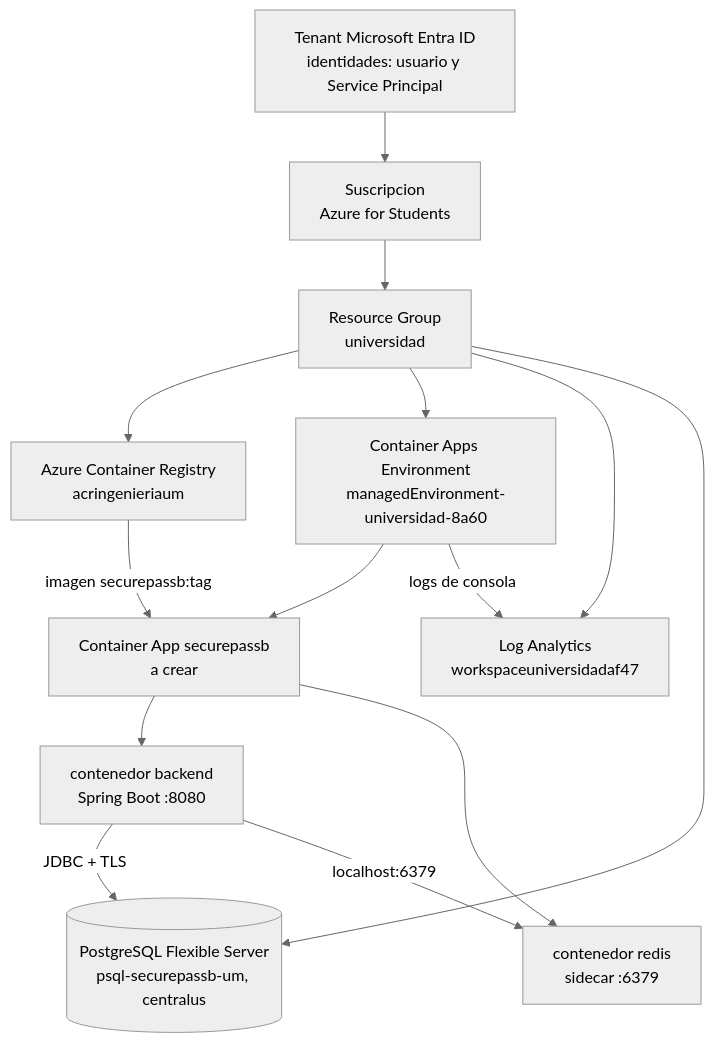
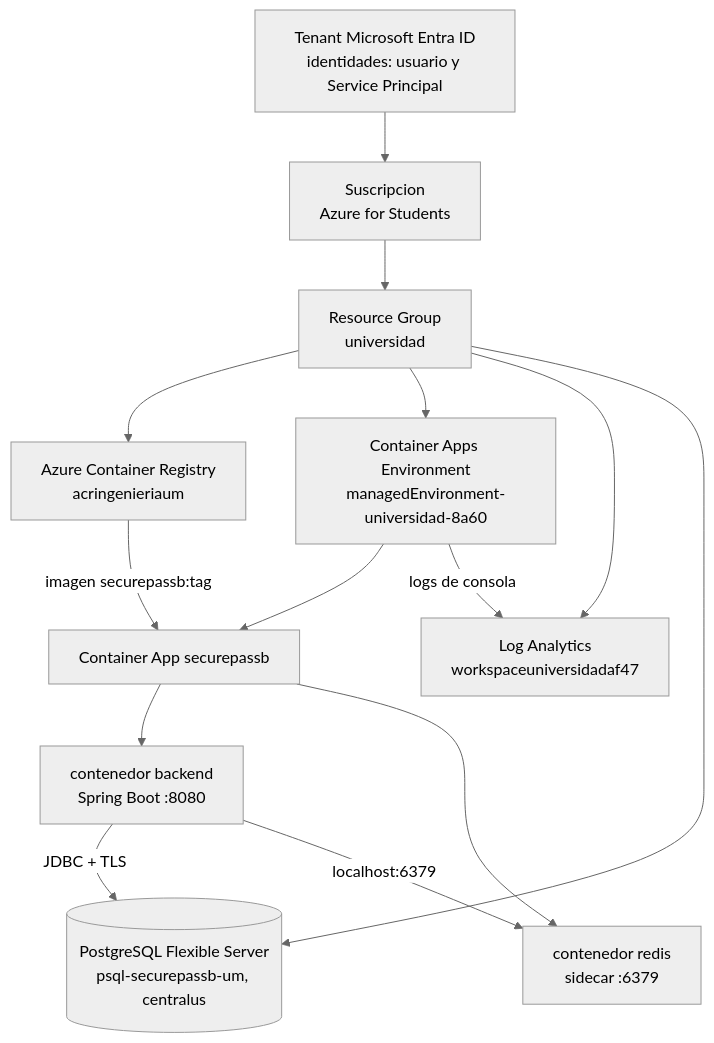
One commit to Menguitahh/acr-securepassb changed the first of 3 diagrams in docs/azure.md. Above: the diagram before and after it, drawn with Mermaid (neutral theme). The commit also changed other lines of this file and 4 other files, not shown here.

````diff
--- a/docs/azure.md
+++ b/docs/azure.md
@@ -11,16 +11,16 @@
 ```mermaid
 flowchart TD
     T[Tenant Microsoft Entra ID<br/>identidades: usuario y Service Principal] --> S
     S[Suscripcion<br/>Azure for Students] --> RG[Resource Group<br/>universidad]
     RG --> ACR[Azure Container Registry<br/>acringenieriaum]
     RG --> ENV[Container Apps Environment<br/>managedEnvironment-universidad-8a60]
     RG --> LAW[Log Analytics<br/>workspaceuniversidadaf47]
     RG --> PG[(PostgreSQL Flexible Server<br/>psql-securepassb-um, centralus)]
     ACR -->|imagen securepassb:tag| APP
-    ENV --> APP[Container App securepassb<br/>a crear]
+    ENV --> APP[Container App securepassb]
     APP --> BE[contenedor backend<br/>Spring Boot :8080]
     APP --> RD[contenedor redis<br/>sidecar :6379]
     BE -->|JDBC + TLS| PG
     BE -->|localhost:6379| RD
     ENV -->|logs de consola| LAW
 ```
````
